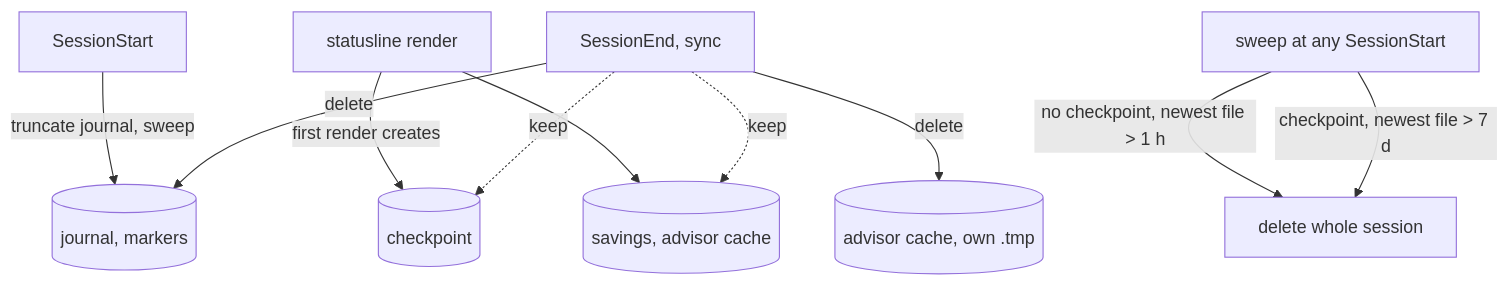
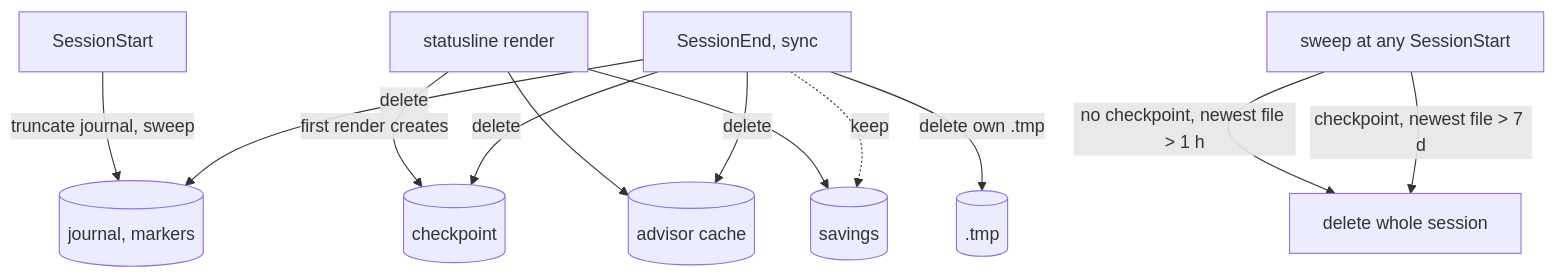
One commit to 99LevelsUp/claude-doom-statusbar changed the diagram in docs/plans/2026-10-31-2200-fix-temp-file-leaks-and-snapshot-tests-plan.md. Above: the diagram before and after it, drawn with Mermaid. The commit also changed other lines of this file, not shown here.

````diff
--- a/docs/plans/2026-10-31-2200-fix-temp-file-leaks-and-snapshot-tests-plan.md
+++ b/docs/plans/2026-10-31-2200-fix-temp-file-leaks-and-snapshot-tests-plan.md
@@ -95,12 +98,14 @@
 ```mermaid
 flowchart TB
   S[SessionStart] -->|truncate journal, sweep| J[(journal, markers)]
   R[statusline render] -->|first render creates| C[(checkpoint)]
-  R --> V[(savings, advisor cache)]
+  R --> A[(advisor cache)]
+  R --> V[(savings)]
   E[SessionEnd, sync] -->|delete| J
-  E -->|delete| A[(advisor cache, own .tmp)]
-  E -.->|keep| C
+  E -->|delete| C
+  E -->|delete| A
+  E -->|delete own .tmp| T[(.tmp)]
   E -.->|keep| V
   W[sweep at any SessionStart] -->|no checkpoint, newest file > 1 h| X[delete whole session]
   W -->|checkpoint, newest file > 7 d| X
 ```
````
